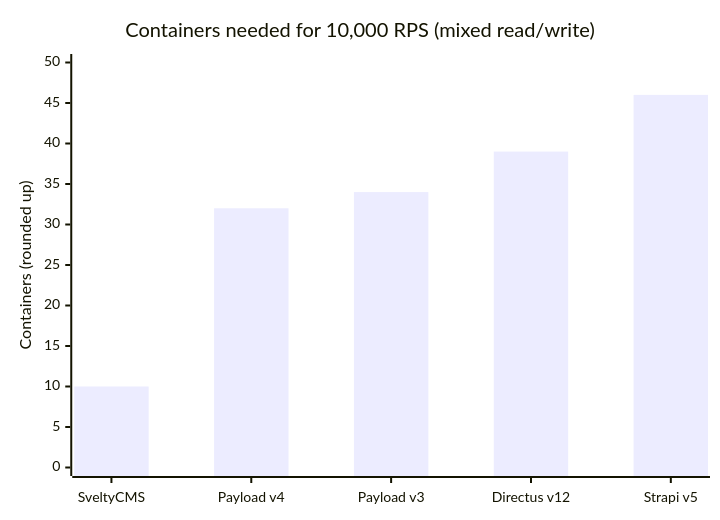
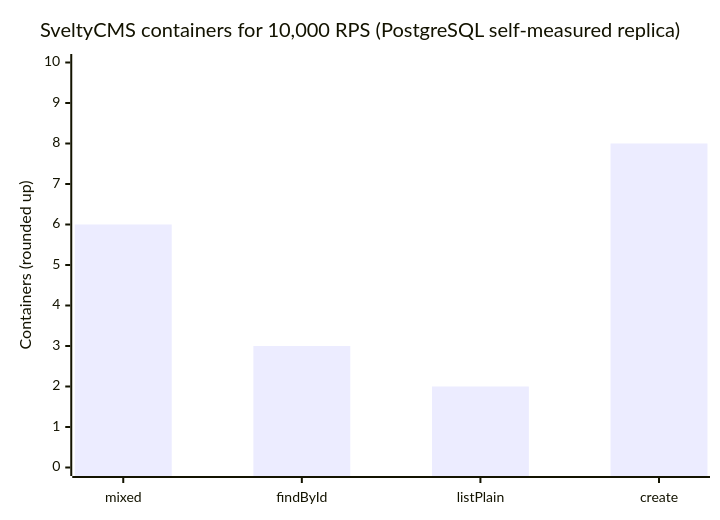
Before and after one commit to SveltyCMS/SveltyCMS: the diagram in docs/project/competitive-comparison.mdx, drawn with Mermaid. The commit also changed other lines of this file and 238 other files, not shown here.

````diff
--- a/docs/project/competitive-comparison.mdx
+++ b/docs/project/competitive-comparison.mdx
@@ -138,7 +200,7 @@
 ```mermaid
 xychart-beta
-    title "Containers needed for 10,000 RPS (mixed read/write)"
-    x-axis ["SveltyCMS", "Payload v4", "Payload v3", "Directus v12", "Strapi v5"]
-    y-axis "Containers (rounded up)" 0 --> 50
-    bar [10, 32, 34, 39, 46]
+    title "SveltyCMS containers for 10,000 RPS (PostgreSQL self-measured replica)"
+    x-axis ["mixed", "findById", "listPlain", "create"]
+    y-axis "Containers (rounded up)" 0 --> 10
+    bar [6, 3, 2, 8]
 ```
````
